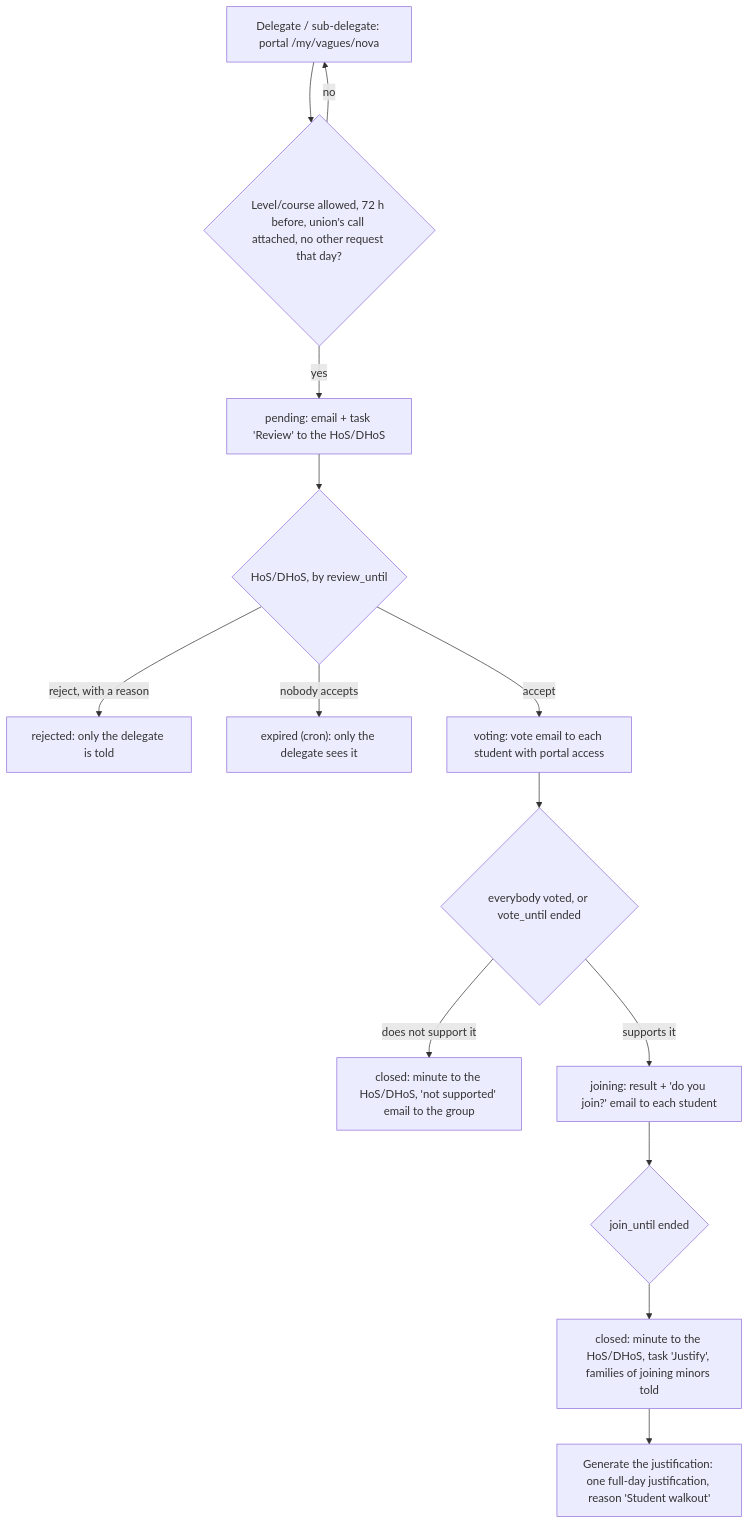
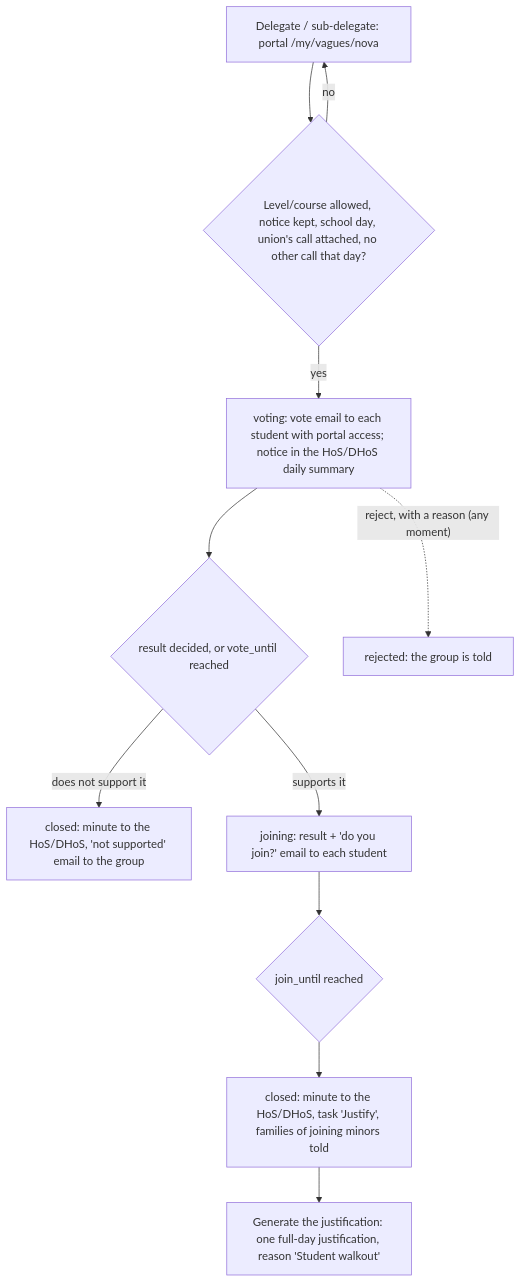
One commit to ElPuig/EMS changed the second of 2 diagrams in docs/en/developers/attendance/student_walkout.md. Above: the diagram before and after it, drawn with Mermaid. The commit also changed other lines of this file and 22 other files, not shown here.

First line of the commit message:
[#800] No review first: the vote is called at once, phases and notice in school hours

````diff
--- a/docs/en/developers/attendance/student_walkout.md
+++ b/docs/en/developers/attendance/student_walkout.md
@@ -136,16 +159,13 @@
 ```mermaid
 flowchart TD
-    A[Delegate / sub-delegate: portal /my/vagues/nova] --> B{"Level/course allowed, 72 h before, union's call attached, no other request that day?"}
+    A[Delegate / sub-delegate: portal /my/vagues/nova] --> B{"Level/course allowed, notice kept, school day, union's call attached, no other call that day?"}
     B -- no --> A
-    B -- yes --> C["pending: email + task 'Review' to the HoS/DHoS"]
-    C --> R{"HoS/DHoS, by review_until"}
-    R -- reject, with a reason --> X["rejected: only the delegate is told"]
-    R -- nobody accepts --> Y["expired (cron): only the delegate sees it"]
-    R -- accept --> V["voting: vote email to each student with portal access"]
-    V --> E{"everybody voted, or vote_until ended"}
+    B -- yes --> V["voting: vote email to each student with portal access; notice in the HoS/DHoS daily summary"]
+    V --> E{"result decided, or vote_until reached"}
     E -- "does not support it" --> N["closed: minute to the HoS/DHoS, 'not supported' email to the group"]
     E -- supports it --> J["joining: result + 'do you join?' email to each student"]
-    J --> K{"join_until ended"}
+    J --> K{"join_until reached"}
     K --> F["closed: minute to the HoS/DHoS, task 'Justify', families of joining minors told"]
     F --> I["Generate the justification: one full-day justification, reason 'Student walkout'"]
+    V -. "reject, with a reason (any moment)" .-> X["rejected: the group is told"]
 ```
````
